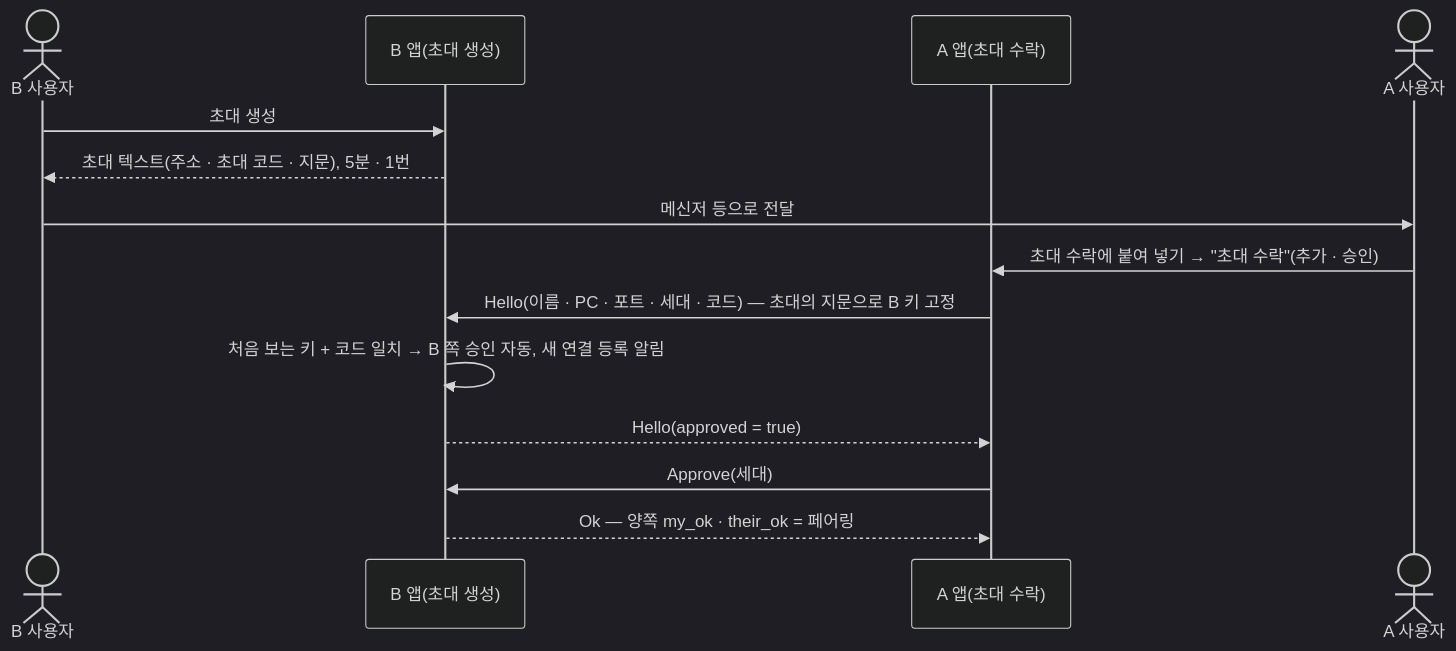
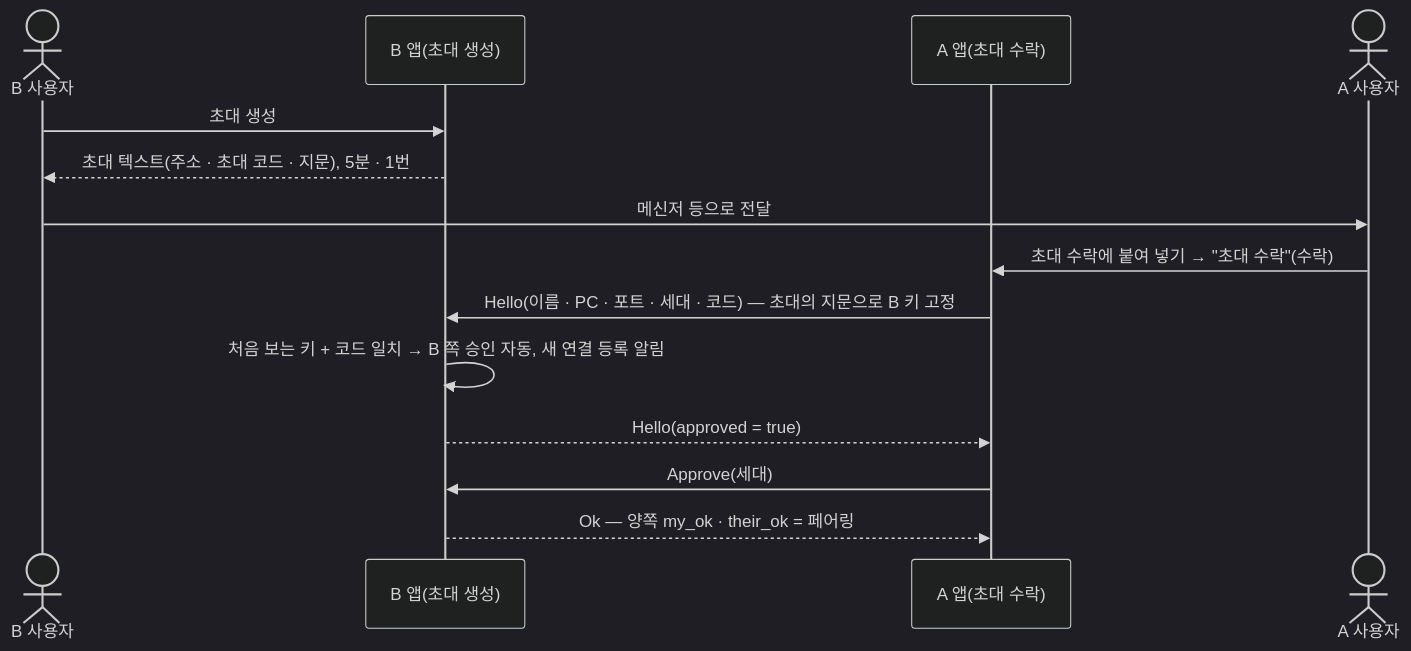
The third of 12 diagrams in docs/manual/dev/developer-guide.md (Softcamp-SaaS-RND/coworkAgent), drawn with Mermaid (dark theme) before and after one commit. The commit also changed other lines of this file and 63 other files, not shown here.

````diff
--- a/docs/manual/dev/developer-guide.md
+++ b/docs/manual/dev/developer-guide.md
@@ -445,16 +482,16 @@
 ```mermaid
 sequenceDiagram
   actor UB as B 사용자
   participant B as B 앱(초대 생성)
   participant A as A 앱(초대 수락)
   actor UA as A 사용자
   UB->>B: 초대 생성
   B-->>UB: 초대 텍스트(주소 · 초대 코드 · 지문), 5분 · 1번
   UB->>UA: 메신저 등으로 전달
-  UA->>A: 초대 수락에 붙여 넣기 → "초대 수락"(추가 · 승인)
+  UA->>A: 초대 수락에 붙여 넣기 → "초대 수락"(수락)
   A->>B: Hello(이름 · PC · 포트 · 세대 · 코드) — 초대의 지문으로 B 키 고정
   B->>B: 처음 보는 키 + 코드 일치 → B 쪽 승인 자동, 새 연결 등록 알림
   B-->>A: Hello(approved = true)
   A->>B: Approve(세대)
   B-->>A: Ok — 양쪽 my_ok · their_ok = 페어링
 ```
````
